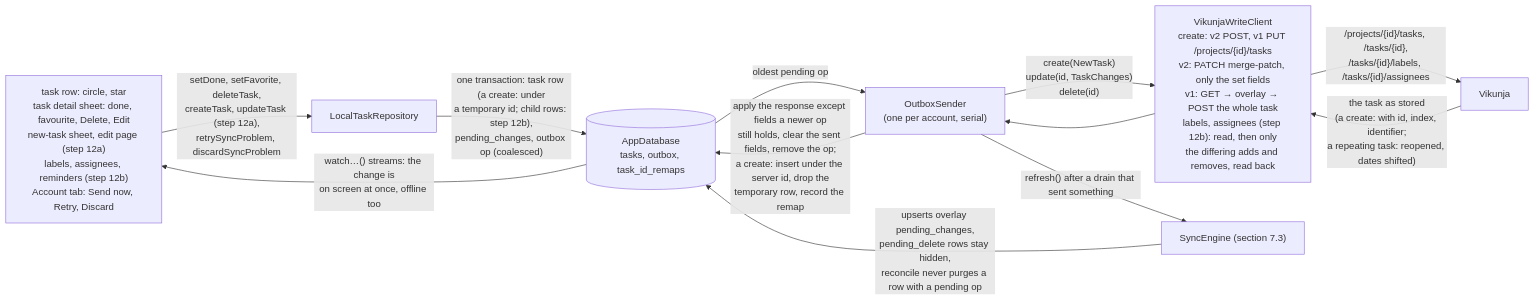
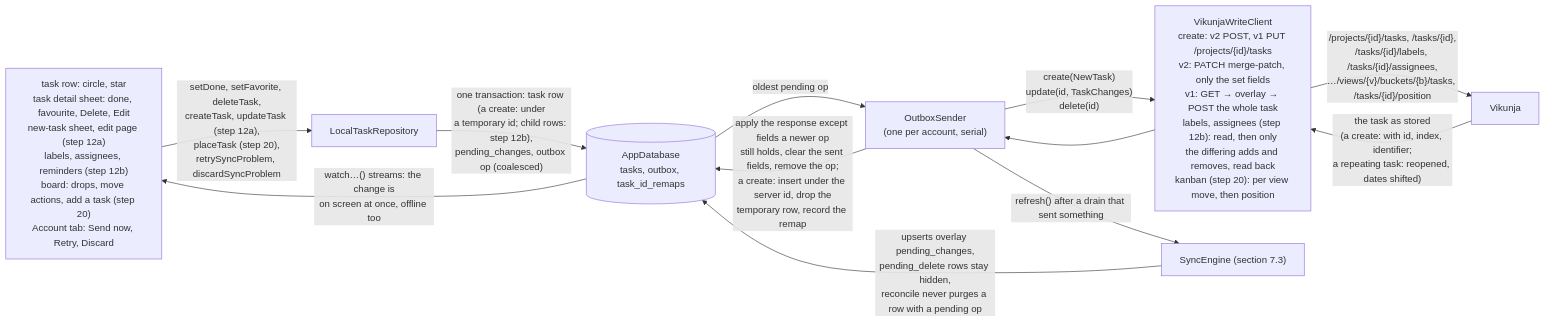
The eighth of 12 diagrams in docs/architecture.md (coderoftime/vikunja-app-ci-test), drawn with Mermaid before and after one commit. The commit also changed other lines of this file and 100 other files, not shown here.

First line of the commit message:
feat: Kanban board with accessible drag and drop and offline moves

````diff
--- a/docs/architecture.md
+++ b/docs/architecture.md
@@ -703,14 +724,14 @@
 ```mermaid
 flowchart LR
-  UI["task row: circle, star<br/>task detail sheet: done, favourite, Delete, Edit<br/>new-task sheet, edit page (step 12a)<br/>labels, assignees, reminders (step 12b)<br/>Account tab: Send now, Retry, Discard"] -- "setDone, setFavorite, deleteTask,<br/>createTask, updateTask (step 12a),<br/>retrySyncProblem, discardSyncProblem" --> REPO["LocalTaskRepository"]
+  UI["task row: circle, star<br/>task detail sheet: done, favourite, Delete, Edit<br/>new-task sheet, edit page (step 12a)<br/>labels, assignees, reminders (step 12b)<br/>board: drops, move actions, add a task (step 20)<br/>Account tab: Send now, Retry, Discard"] -- "setDone, setFavorite, deleteTask,<br/>createTask, updateTask (step 12a),<br/>placeTask (step 20),<br/>retrySyncProblem, discardSyncProblem" --> REPO["LocalTaskRepository"]
   REPO -- "one transaction: task row (a create: under<br/>a temporary id; child rows: step 12b),<br/>pending_changes, outbox op (coalesced)" --> DB[("AppDatabase<br/>tasks, outbox, task_id_remaps")]
   DB -- "watch…() streams: the change is<br/>on screen at once, offline too" --> UI
   DB -- "oldest pending op" --> SENDER["OutboxSender<br/>(one per account, serial)"]
-  SENDER -- "create(NewTask)<br/>update(id, TaskChanges)<br/>delete(id)" --> WC["VikunjaWriteClient<br/>create: v2 POST, v1 PUT /projects/{id}/tasks<br/>v2: PATCH merge-patch, only the set fields<br/>v1: GET → overlay → POST the whole task<br/>labels, assignees (step 12b): read, then only<br/>the differing adds and removes, read back"]
-  WC -- "/projects/{id}/tasks, /tasks/{id},<br/>/tasks/{id}/labels, /tasks/{id}/assignees" --> SRV["Vikunja"]
+  SENDER -- "create(NewTask)<br/>update(id, TaskChanges)<br/>delete(id)" --> WC["VikunjaWriteClient<br/>create: v2 POST, v1 PUT /projects/{id}/tasks<br/>v2: PATCH merge-patch, only the set fields<br/>v1: GET → overlay → POST the whole task<br/>labels, assignees (step 12b): read, then only<br/>the differing adds and removes, read back<br/>kanban (step 20): per view move, then position"]
+  WC -- "/projects/{id}/tasks, /tasks/{id},<br/>/tasks/{id}/labels, /tasks/{id}/assignees,<br/>…/views/{v}/buckets/{b}/tasks, /tasks/{id}/position" --> SRV["Vikunja"]
   SRV -- "the task as stored<br/>(a create: with id, index, identifier;<br/>a repeating task: reopened, dates shifted)" --> WC
   WC --> SENDER
   SENDER -- "apply the response except fields a newer op<br/>still holds, clear the sent fields, remove the op;<br/>a create: insert under the server id, drop the<br/>temporary row, record the remap" --> DB
   SENDER -- "refresh() after a drain that sent something" --> ENGINE["SyncEngine (section 7.3)"]
   ENGINE -- "upserts overlay pending_changes,<br/>pending_delete rows stay hidden,<br/>reconcile never purges a row with a pending op" --> DB
 ```
````
